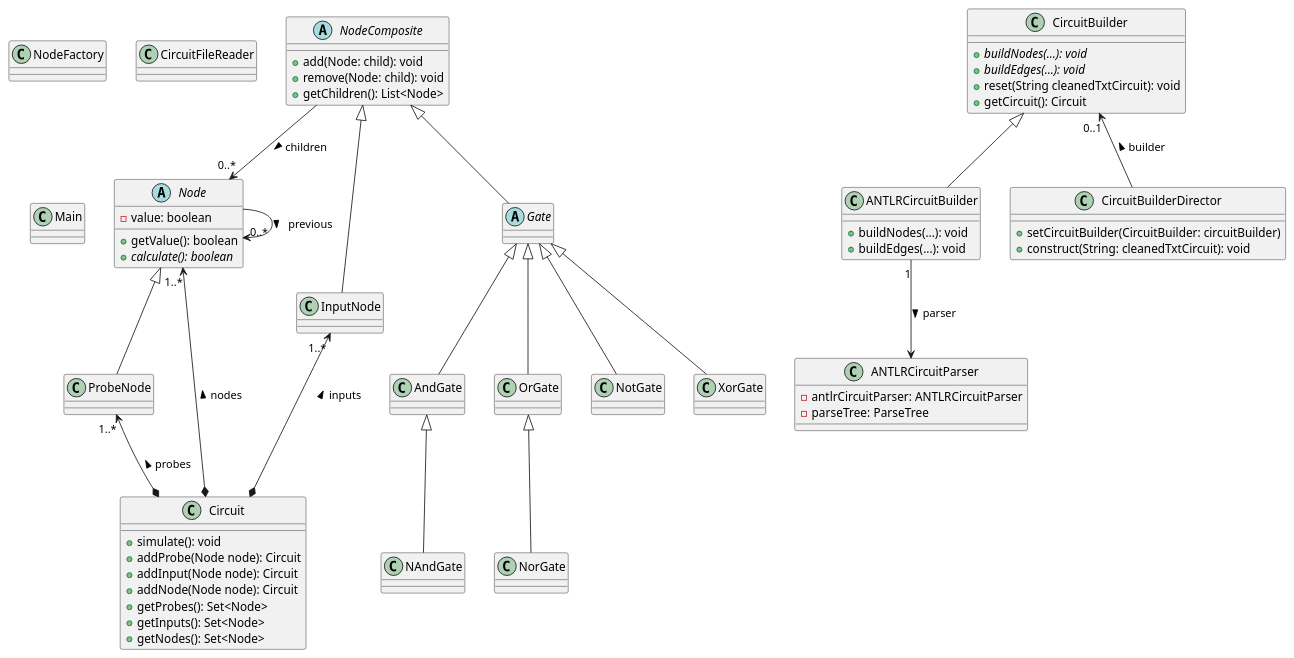
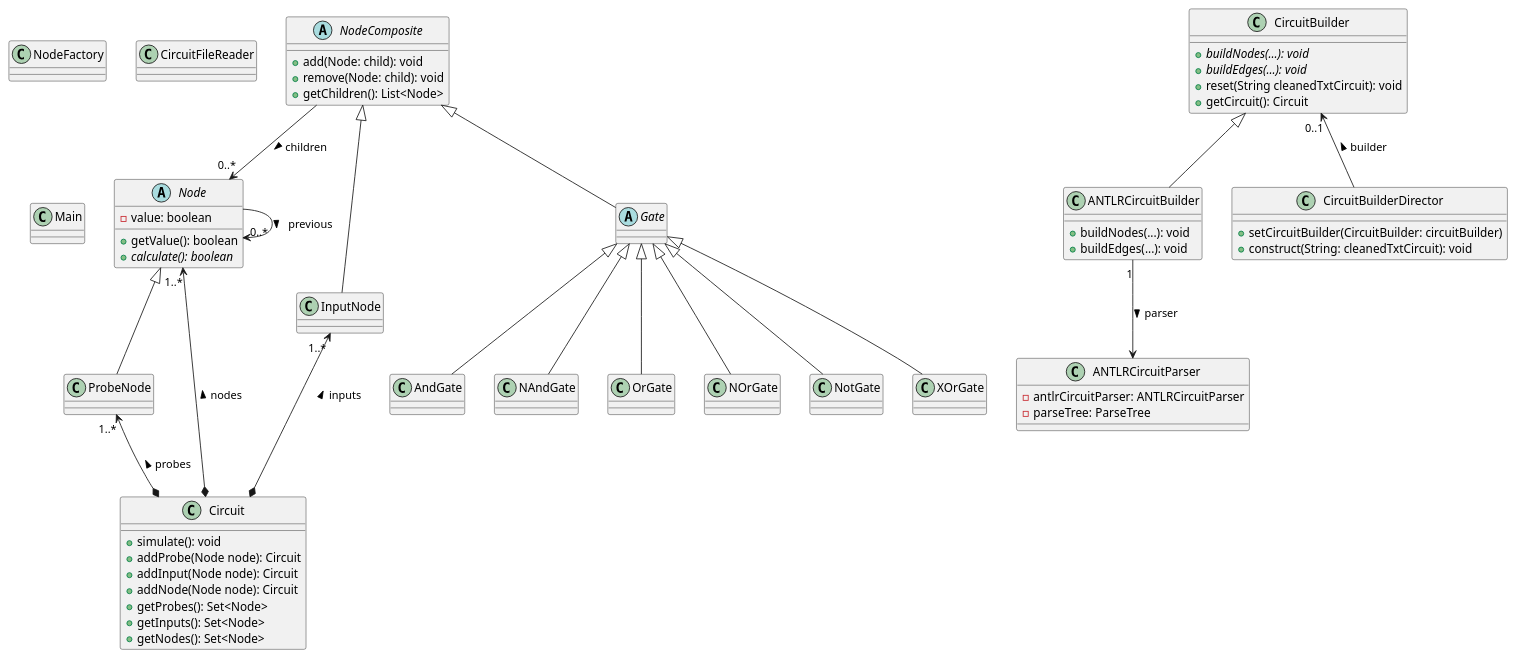
One commit to stevenliebregt/avans-dp1-sirkwie changed the diagram in docs/diagrams/dkd.puml. Above: the diagram before and after it, drawn with PlantUML. The commit also changed 3 other files, not shown here.

```diff
--- a/docs/diagrams/dkd.puml
+++ b/docs/diagrams/dkd.puml
@@ -1,109 +1,109 @@
 @startuml
 
 ' Nodes
 abstract class Node {
     -value: boolean
     +getValue(): boolean
     +{abstract} calculate(): boolean
 }
 Node --> "0..*" Node : previous >
 
 abstract class NodeComposite {
     +add(Node: child): void
     +remove(Node: child): void
     +getChildren(): List<Node>
 }
 NodeComposite --> "0..*" Node : children >
 
 ' Inputs
 class InputNode {
 }
 NodeComposite <|-- InputNode
 
 class ProbeNode {
 }
 Node <|-- ProbeNode
 
 ' Gates
 abstract class Gate {
 }
 NodeComposite <|-- Gate
 
 class AndGate {
 }
 Gate <|-- AndGate
 
 class NAndGate {
 }
-AndGate <|-- NAndGate
+Gate <|-- NAndGate
 
 class OrGate {
 }
 Gate <|-- OrGate
 
-class NorGate {
+class NOrGate {
 }
-OrGate <|-- NorGate
+Gate <|-- NOrGate
 
 class NotGate {
 }
 Gate <|-- NotGate
 
-class XorGate {
+class XOrGate {
 }
-Gate <|-- XorGate
+Gate <|-- XOrGate
 
 ' Circuit
 class Circuit {
     +simulate(): void
     +addProbe(Node node): Circuit
     +addInput(Node node): Circuit
     +addNode(Node node): Circuit
     +getProbes(): Set<Node>
     +getInputs(): Set<Node>
     +getNodes(): Set<Node>
 }
 InputNode "1..*" <--* Circuit : inputs <
 ProbeNode "1..*" <--* Circuit : probes <
 Node "1..*" <--* Circuit : nodes <
 
 ' CircuitBuilder
 class CircuitBuilder {
     +{abstract} buildNodes(...): void
     +{abstract} buildEdges(...): void
     +reset(String cleanedTxtCircuit): void
     +getCircuit(): Circuit
 }
 
 class ANTLRCircuitBuilder {
     +buildNodes(...): void
     +buildEdges(...): void
 }
 CircuitBuilder <|-- ANTLRCircuitBuilder
 ANTLRCircuitBuilder "1" --> ANTLRCircuitParser : parser >
 
 class CircuitBuilderDirector {
     +setCircuitBuilder(CircuitBuilder: circuitBuilder)
     +construct(String: cleanedTxtCircuit): void
 }
 CircuitBuilder "0..1" <-- CircuitBuilderDirector : builder <
 
 ' NodeFactory
 class NodeFactory {
 }
 
 ' CircuitParser
 class ANTLRCircuitParser {
     -antlrCircuitParser: ANTLRCircuitParser
     -parseTree: ParseTree
 }
 
 ' CircuitFileReader
 class CircuitFileReader {
 }
 
 ' Main
 class Main {
 }
 
 @enduml
```
